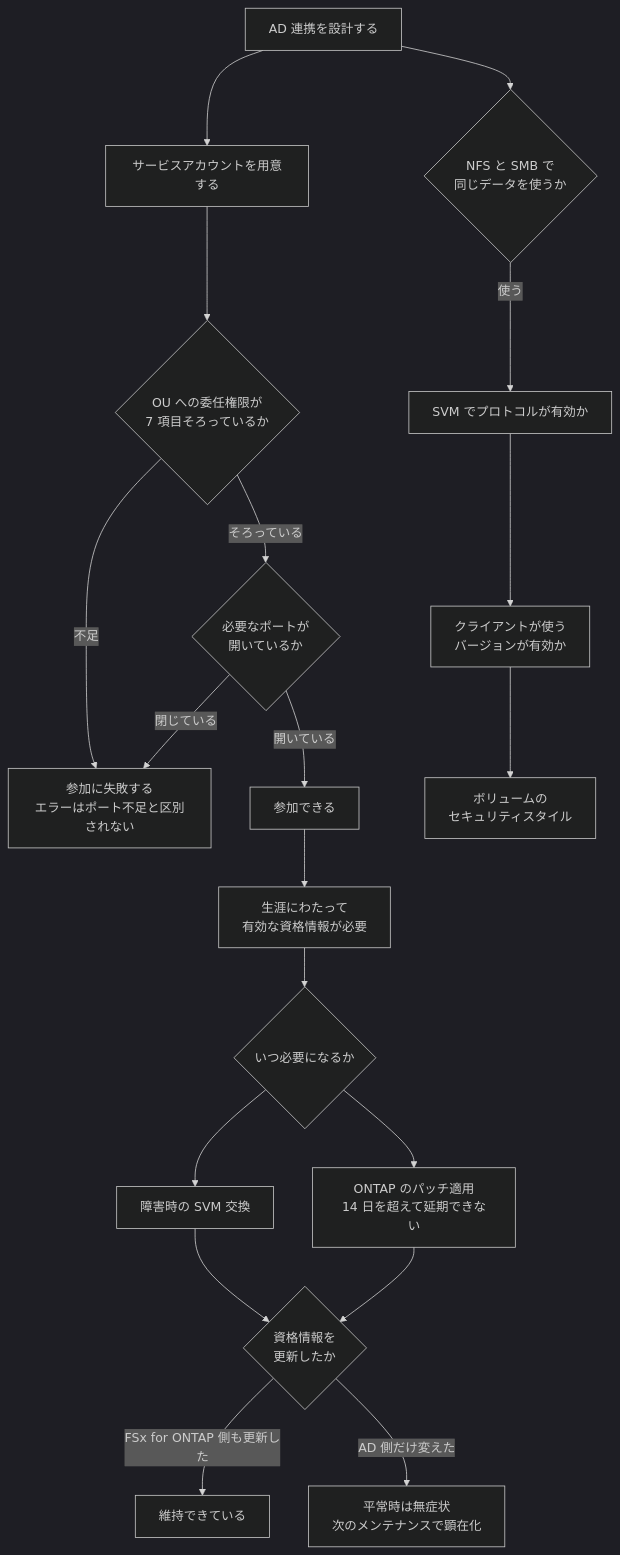
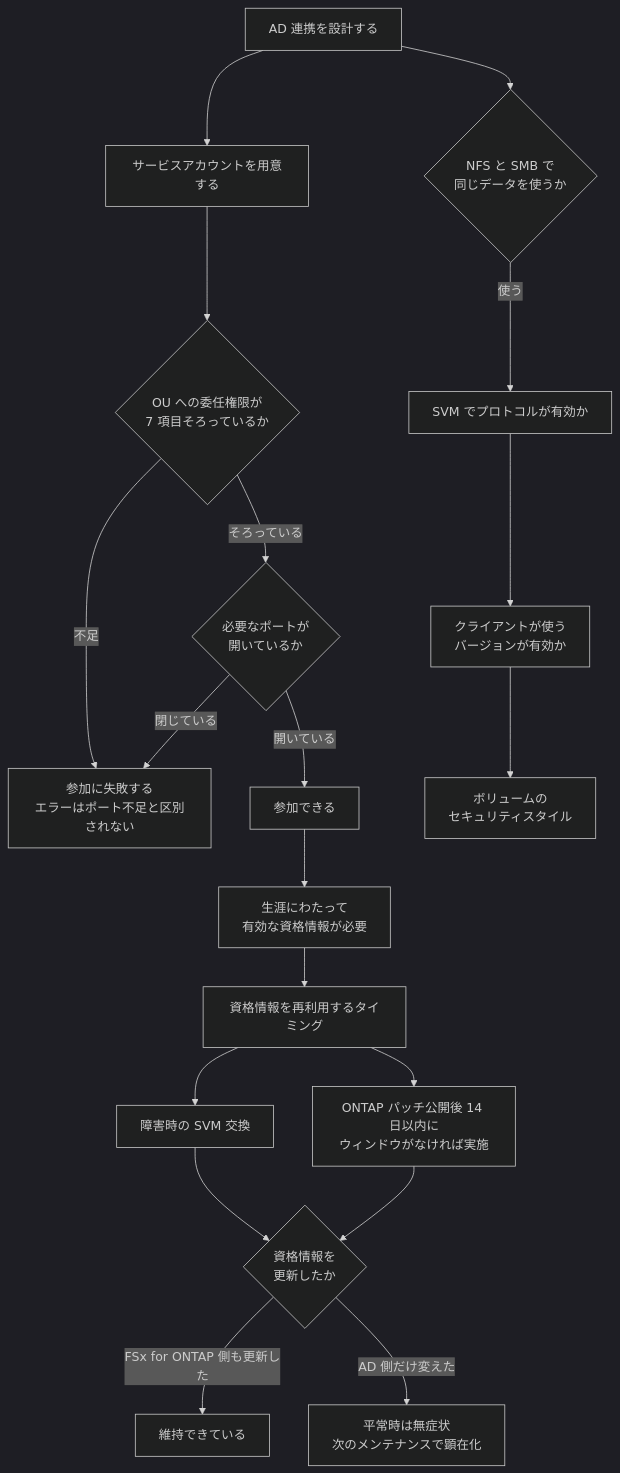
The diagram in docs/ja/domains/multiprotocol-identity/notes/ad-dependency-lasts-the-lifetime.md (Yoshiki0705/FSx-for-ONTAP-Adoption-Playbook), drawn with Mermaid (dark theme) before and after one commit. The commit also changed other lines of this file and 257 other files, not shown here.

````diff
--- a/docs/ja/domains/multiprotocol-identity/notes/ad-dependency-lasts-the-lifetime.md
+++ b/docs/ja/domains/multiprotocol-identity/notes/ad-dependency-lasts-the-lifetime.md
@@ -129,24 +149,24 @@
 ```mermaid
 graph TD
     A[AD 連携を設計する] --> SA[サービスアカウントを用意する]
     SA --> PERM{OU への委任権限が<br/>7 項目そろっているか}
     PERM -->|不足| FAIL1["参加に失敗する<br/>エラーはポート不足と区別されない"]
     PERM -->|そろっている| PORT{必要なポートが<br/>開いているか}
     PORT -->|閉じている| FAIL1
     PORT -->|開いている| JOIN[参加できる]
 
     JOIN --> LIFE["生涯にわたって<br/>有効な資格情報が必要"]
-    LIFE --> WHEN{いつ必要になるか}
+    LIFE --> WHEN[資格情報を再利用するタイミング]
     WHEN --> W1[障害時の SVM 交換]
-    WHEN --> W2["ONTAP のパッチ適用<br/>14 日を超えて延期できない"]
+    WHEN --> W2["ONTAP パッチ公開後 14 日以内に<br/>ウィンドウがなければ実施"]
 
     W1 --> ROT{資格情報を<br/>更新したか}
     W2 --> ROT
     ROT -->|FSx for ONTAP 側も更新した| OK[維持できている]
     ROT -->|AD 側だけ変えた| LATENT["平常時は無症状<br/>次のメンテナンスで顕在化"]
 
     A --> DUAL{NFS と SMB で<br/>同じデータを使うか}
     DUAL -->|使う| L1[SVM でプロトコルが有効か]
     L1 --> L2[クライアントが使う<br/>バージョンが有効か]
     L2 --> L3[ボリュームの<br/>セキュリティスタイル]
 ```
````
